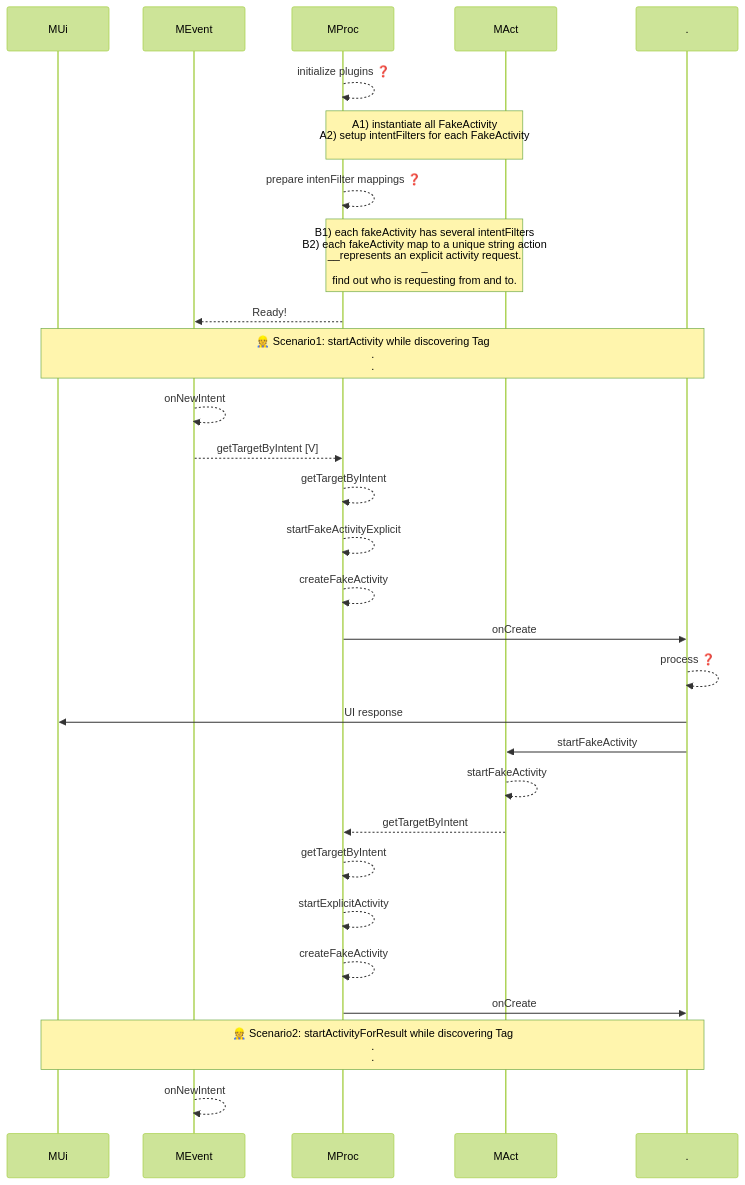
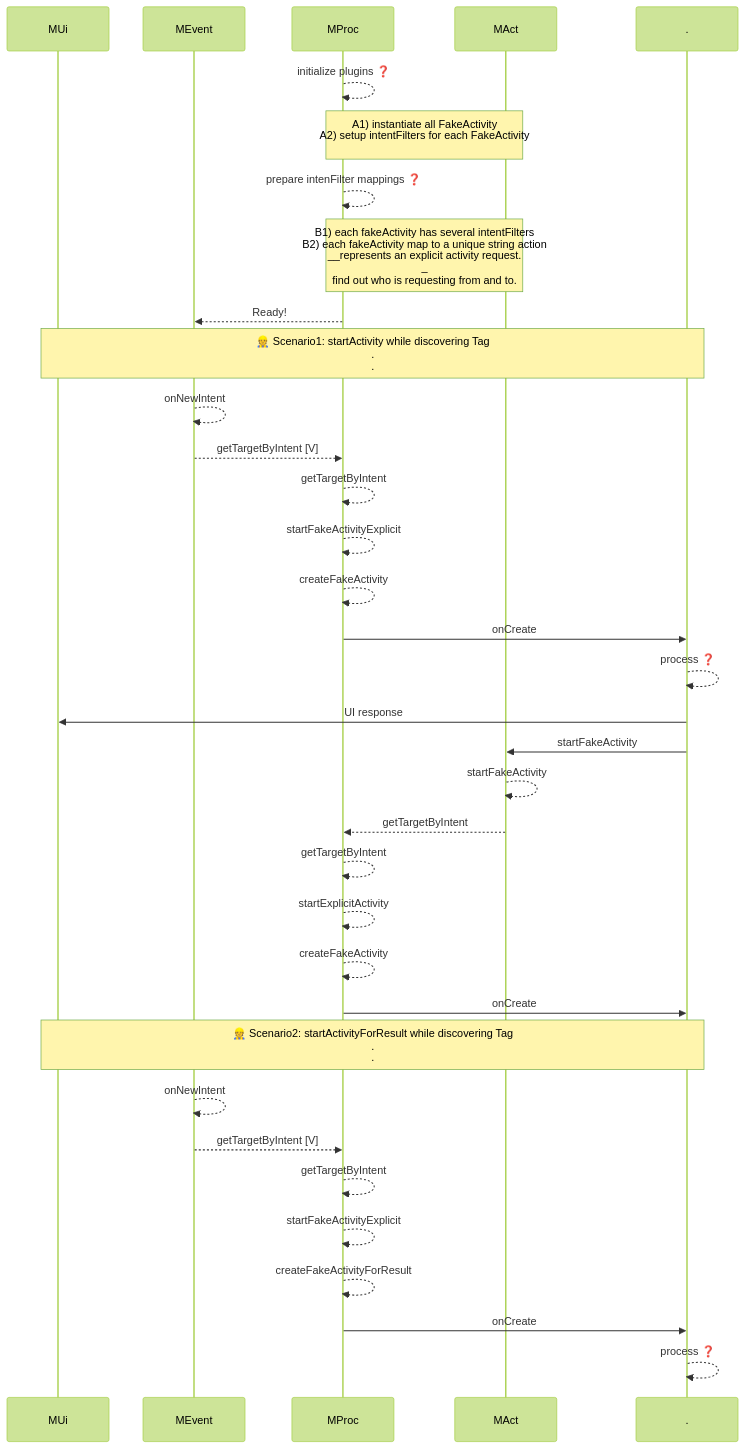
Before and after one commit to gordianknotC/nxp_note: the third of 7 diagrams in flutter/android_to_flutter.md, drawn with Mermaid (forest theme). The commit also changed other lines of this file, not shown here.

Commit message:
flutter/android_to_flutter.md updated from https://stackedit.io/

````diff
--- a/flutter/android_to_flutter.md
+++ b/flutter/android_to_flutter.md
@@ -52,44 +52,49 @@
 ```mermaid
 sequenceDiagram
 participant MUi
 participant MEvent
 participant MProc
 participant MAct
 participant .
 
 MProc-->>MProc: initialize plugins ❓
 Note over MProc,MAct: A1) instantiate all FakeActivity<br>A2) setup intentFilters for each FakeActivity<br>
 
 MProc-->>MProc: prepare intenFilter mappings ❓
 
 Note over MProc, MAct: B1) each fakeActivity has several intentFilters<br>B2) each fakeActivity map to a unique string action<br>__represents an explicit activity request.<br>_<br> find out who is requesting from and to.
 
 MProc-->>MEvent: Ready!
 
 
 Note over MUi, .: 👷 Scenario1: startActivity while discovering Tag<br>.<br>.
 MEvent-->>MEvent: onNewIntent
 
 MEvent-->>MProc: getTargetByIntent [V]
 MProc-->>MProc: getTargetByIntent
 MProc-->>MProc: startFakeActivityExplicit
 MProc-->>MProc: createFakeActivity
 MProc->> . : onCreate
 . -->> . : process ❓
 . ->> MUi: UI response
 . ->> MAct: startFakeActivity
 MAct -->> MAct: startFakeActivity
 MAct -->> MProc: getTargetByIntent
 MProc -->> MProc: getTargetByIntent
 MProc -->> MProc: startExplicitActivity
 MProc -->> MProc: createFakeActivity
 MProc ->> . : onCreate
 
 
 Note over MUi, .: 👷 Scenario2: startActivityForResult while discovering Tag<br>.<br>.
 MEvent-->>MEvent: onNewIntent
-
+MEvent-->>MProc: getTargetByIntent [V]
+MProc-->>MProc: getTargetByIntent
+MProc-->>MProc: startFakeActivityExplicit
+MProc-->>MProc: createFakeActivityForResult
+MProc->> . : onCreate
+. -->> . : process ❓
 
 
 
 ```
````
